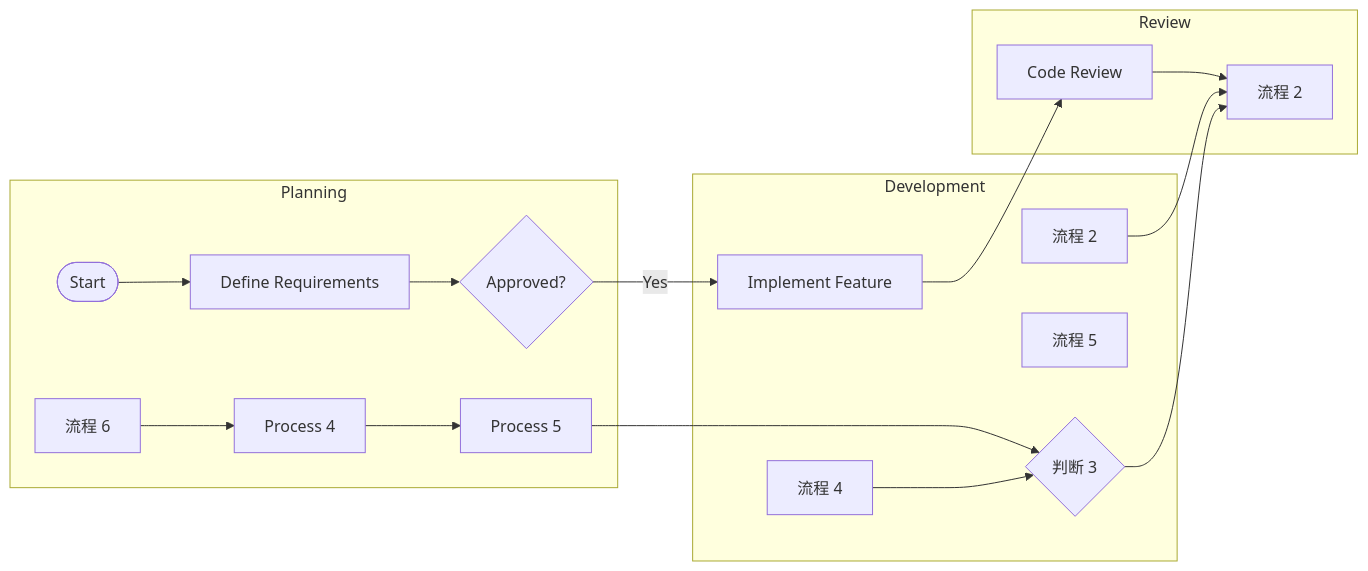
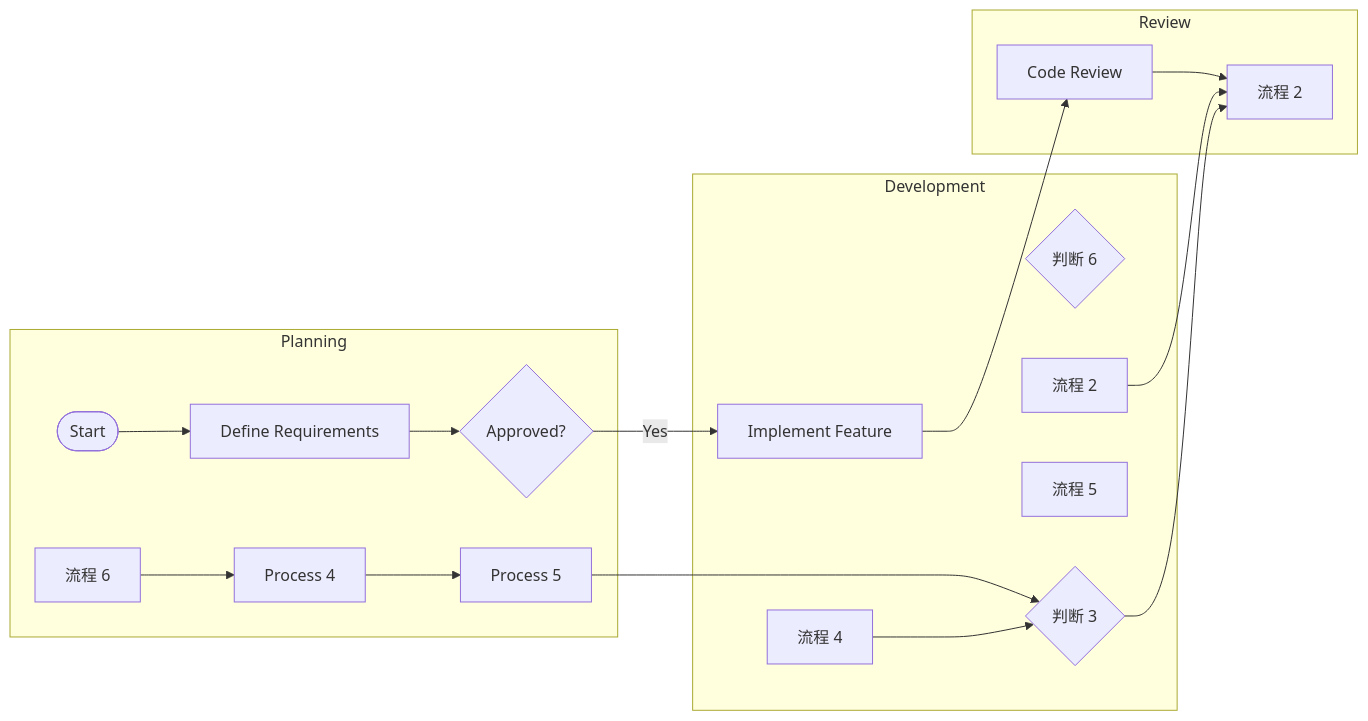
The diagram in mmd/12323_41681640-9752-48cb-9907-d6624d5d20d0.mmd (pingpm/mermaid_vault), drawn with Mermaid before and after one commit. The commit also changed 3 other files, not shown here.

Commit message:
Sync Mermaid Studio data (15 diagrams)

```diff
--- a/mmd/12323_41681640-9752-48cb-9907-d6624d5d20d0.mmd
+++ b/mmd/12323_41681640-9752-48cb-9907-d6624d5d20d0.mmd
@@ -1,31 +1,32 @@
 flowchart LR
   subgraph lane_0["Planning"]
     t_0{"Approved?"}
     t_1(["Start"])
     t_2["Define Requirements"]
     t_3["流程 6"]
     t_4["Process 4"]
     t_5["Process 5"]
   end
   subgraph lane_1["Development"]
-    t_6["流程 4"]
-    t_7["Implement Feature"]
-    t_8{"判断 3"}
-    t_9["流程 5"]
-    t_10["流程 2"]
+    t_6{"判断 6"}
+    t_7["流程 4"]
+    t_8["Implement Feature"]
+    t_9{"判断 3"}
+    t_10["流程 5"]
+    t_11["流程 2"]
   end
   subgraph lane_2["Review"]
-    t_11["Code Review"]
-    t_12["流程 2"]
+    t_12["Code Review"]
+    t_13["流程 2"]
   end
   t_1 --> t_2
   t_2 --> t_0
-  t_0 -->|"Yes"| t_7
-  t_7 --> t_11
-  t_11 --> t_12
-  t_10 --> t_12
+  t_0 -->|"Yes"| t_8
+  t_8 --> t_12
+  t_12 --> t_13
+  t_11 --> t_13
   t_3 --> t_4
   t_4 --> t_5
-  t_5 --> t_8
-  t_6 --> t_8
-  t_8 --> t_12
+  t_5 --> t_9
+  t_7 --> t_9
+  t_9 --> t_13
```
